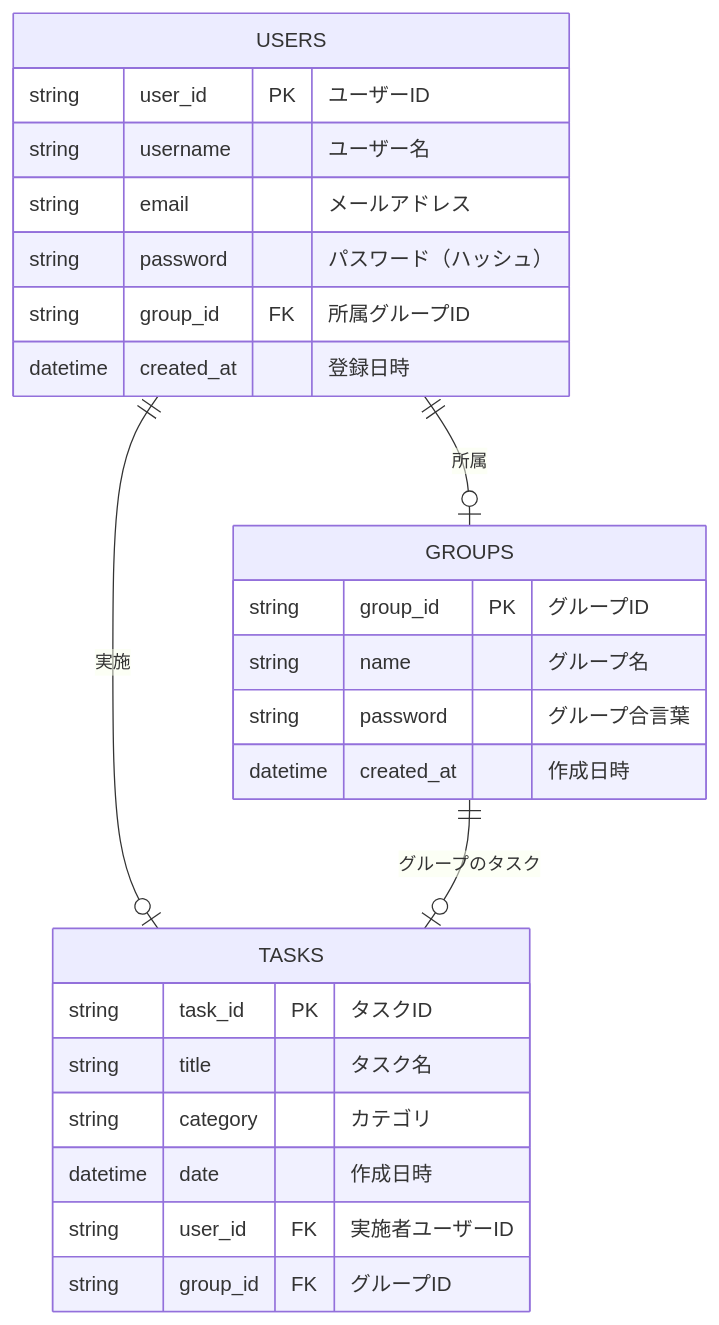
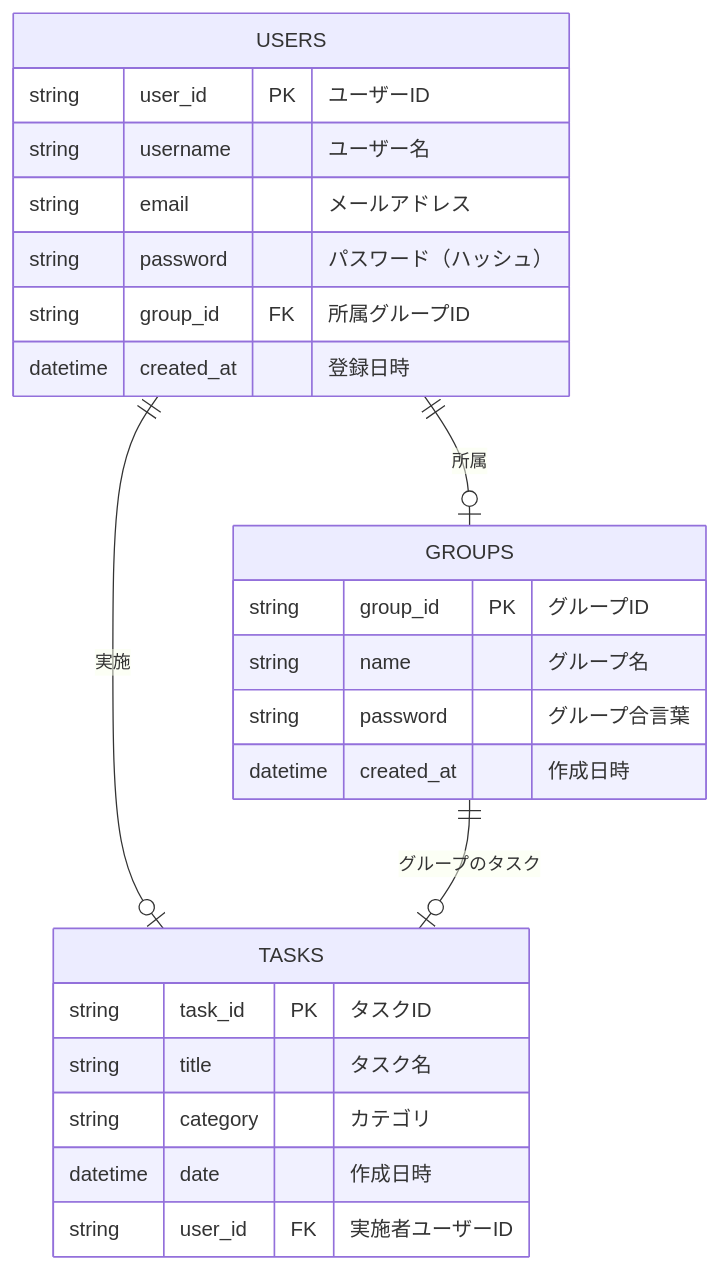
The diagram in documents/ER.md (Wakamatu57/kaji-app), drawn with Mermaid before and after one commit. The commit also changed 5 other files, not shown here.

````diff
--- a/documents/ER.md
+++ b/documents/ER.md
@@ -1,29 +1,28 @@
 ```mermaid
 erDiagram
 USERS {
   string user_id PK "ユーザーID"
   string username "ユーザー名"
   string email "メールアドレス"
   string password "パスワード（ハッシュ）"
   string group_id FK "所属グループID"
   datetime created_at "登録日時"
 }
 GROUPS {
   string group_id PK "グループID"
   string name "グループ名"
   string password "グループ合言葉"
   datetime created_at "作成日時"
 }
 TASKS {
   string task_id PK "タスクID"
   string title "タスク名"
   string category "カテゴリ"
   datetime date "作成日時"
   string user_id FK "実施者ユーザーID"
-  string group_id FK "グループID"
 }
 
 USERS ||--o| GROUPS : "所属"
 USERS ||--o| TASKS : "実施"
 GROUPS ||--o| TASKS : "グループのタスク"
 ```
````
